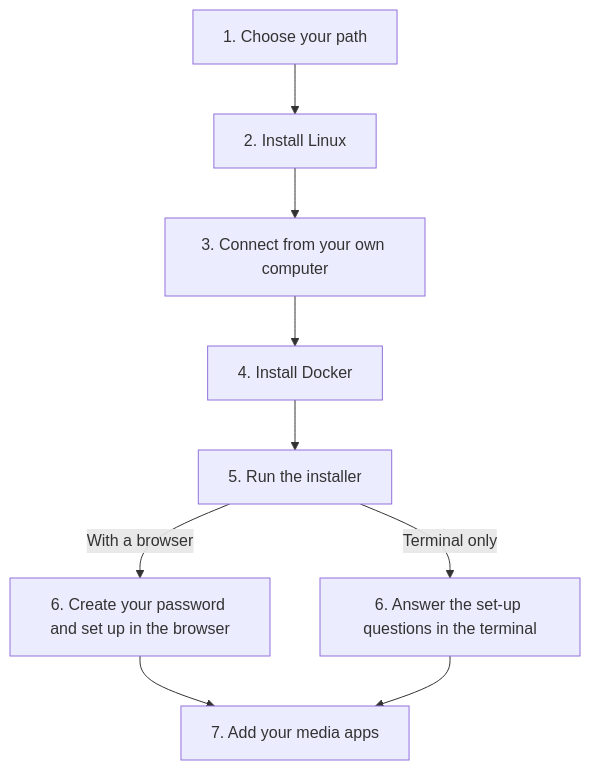
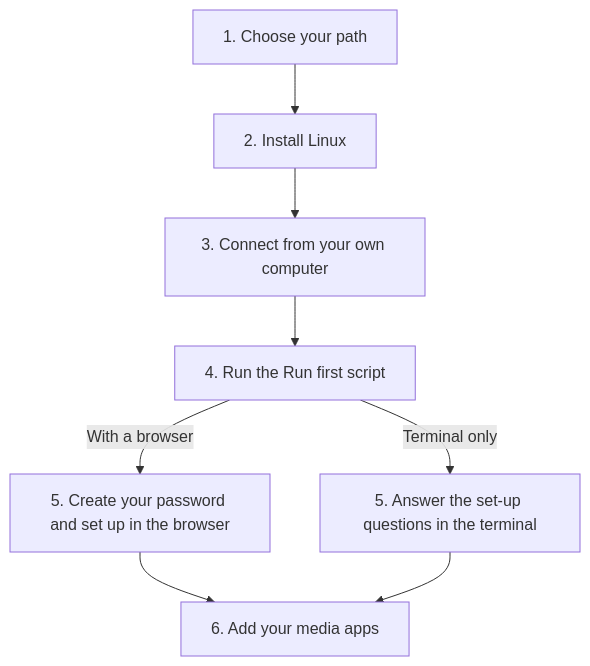
Before and after one commit to TheMightyTRex/starboard: the diagram in docs/help/guides/get-up-and-running.md, drawn with Mermaid. The commit also changed other lines of this file and 8 other files, not shown here.

First line of the commit message:
Run first script: help topic, guide, README quick start and changelog

````diff
--- a/docs/help/guides/get-up-and-running.md
+++ b/docs/help/guides/get-up-and-running.md
@@ -36,11 +35,10 @@
 ```mermaid
 flowchart TD
     A["1. Choose your path"] --> B["2. Install Linux"]
     B --> C["3. Connect from your own computer"]
-    C --> D["4. Install Docker"]
-    D --> E["5. Run the installer"]
-    E -->|With a browser| F["6. Create your password and set up in the browser"]
-    E -->|Terminal only| G["6. Answer the set-up questions in the terminal"]
-    F --> H["7. Add your media apps"]
+    C --> D["4. Run the Run first script"]
+    D -->|With a browser| F["5. Create your password and set up in the browser"]
+    D -->|Terminal only| G["5. Answer the set-up questions in the terminal"]
+    F --> H["6. Add your media apps"]
     G --> H
 ```
````
